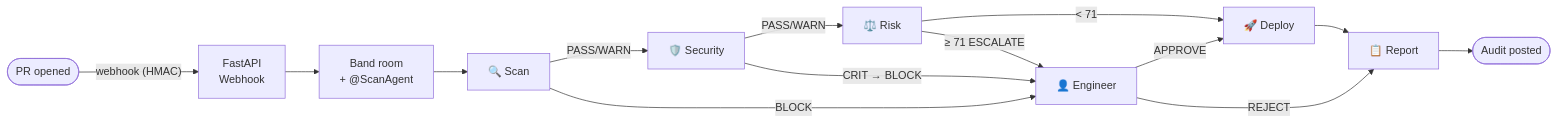
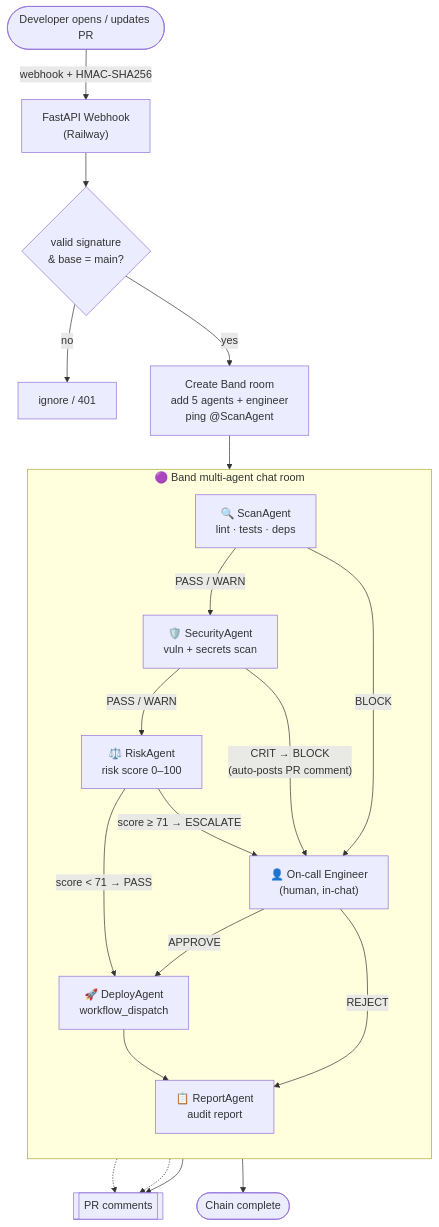
Before and after one commit to Dan16ssd/Deploy-Guard-Ai-Agents-: the diagram in README.md, drawn with Mermaid. The commit also changed other lines of this file, not shown here.

First line of the commit message:
docs: professional README — updated workflow, reliability section, live status

````diff
--- a/README.md
+++ b/README.md
@@ -7,16 +25,26 @@
 ```mermaid
-flowchart LR
-    Dev([PR opened]) -->|"webhook (HMAC)"| WH["FastAPI<br/>Webhook"]
-    WH --> Room["Band room<br/>+ @ScanAgent"]
-    Room --> Scan["🔍 Scan"]
-    Scan -->|PASS/WARN| Sec["🛡️ Security"]
-    Sec -->|"PASS/WARN"| Risk["⚖️ Risk"]
-    Sec -->|"CRIT → BLOCK"| Eng
-    Risk -->|"< 71"| Deploy["🚀 Deploy"]
-    Risk -->|"≥ 71 ESCALATE"| Eng["👤 Engineer"]
-    Eng -->|APPROVE| Deploy
-    Deploy --> Report["📋 Report"]
-    Eng -->|REJECT| Report
-    Scan -->|BLOCK| Eng
-    Report --> Done([Audit posted])
+flowchart TD
+    Dev([Developer opens / updates PR]) -->|"webhook + HMAC-SHA256"| WH["FastAPI Webhook<br/>(Railway)"]
+    WH --> V{"valid signature<br/>& base = main?"}
+    V -->|no| Drop["ignore / 401"]
+    V -->|yes| Room["Create Band room<br/>add 5 agents + engineer<br/>ping @ScanAgent"]
+    Room --> Scan
+
+    subgraph BAND["🟣 Band multi-agent chat room"]
+        direction TB
+        Scan["🔍 ScanAgent<br/>lint · tests · deps"] -->|PASS / WARN| Sec["🛡️ SecurityAgent<br/>vuln + secrets scan"]
+        Scan -->|BLOCK| Eng
+        Sec -->|"PASS / WARN"| Risk["⚖️ RiskAgent<br/>risk score 0–100"]
+        Sec -->|"CRIT → BLOCK<br/>(auto-posts PR comment)"| Eng
+        Risk -->|"score < 71 → PASS"| Deploy["🚀 DeployAgent<br/>workflow_dispatch"]
+        Risk -->|"score ≥ 71 → ESCALATE"| Eng["👤 On-call Engineer<br/>(human, in-chat)"]
+        Eng -->|APPROVE| Deploy
+        Eng -->|REJECT| Report
+        Deploy --> Report["📋 ReportAgent<br/>audit report"]
+    end
+
+    Sec -.-> PR[["PR comments"]]
+    Deploy -.-> PR
+    Report --> PR
+    Report --> Done([Chain complete])
 ```
````
